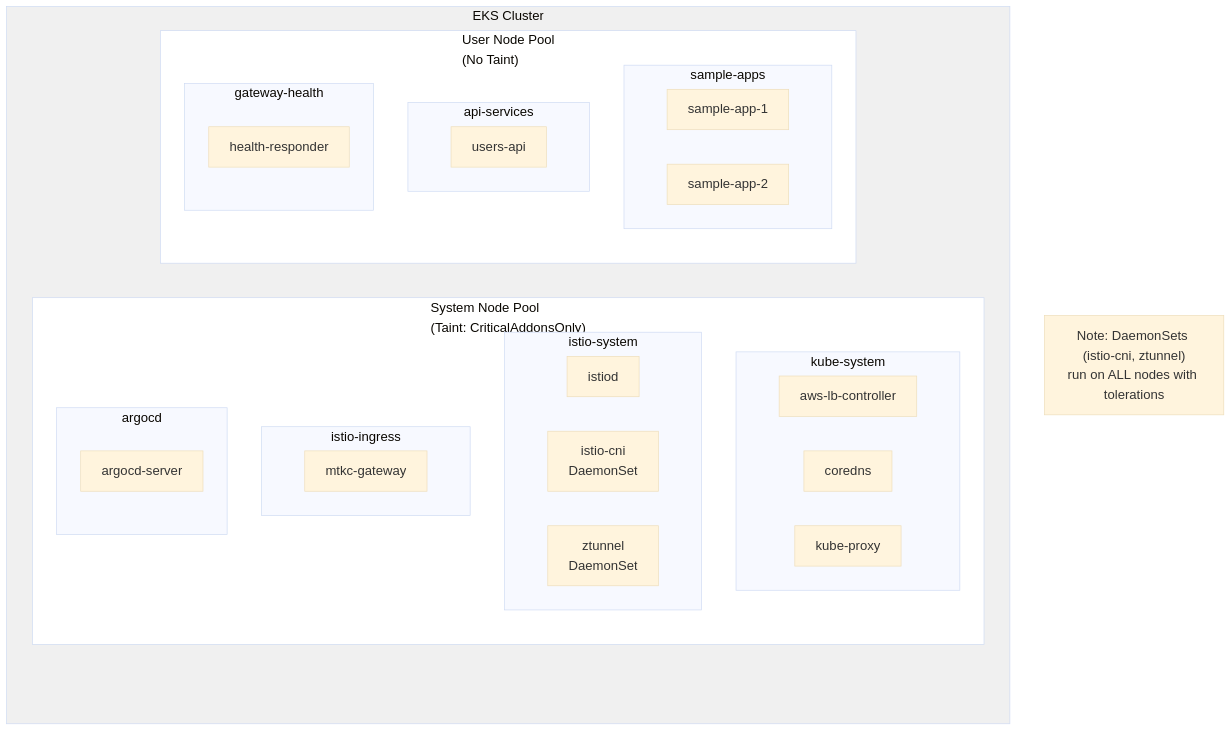
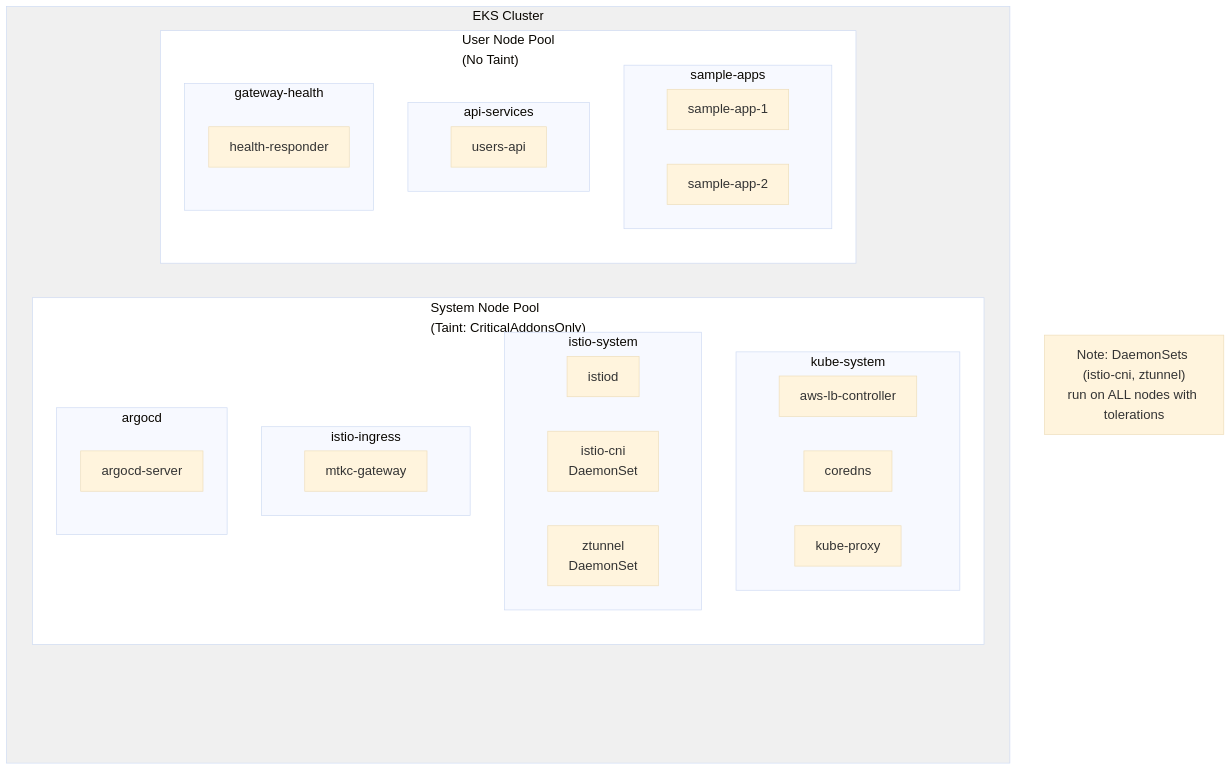
The second of 3 diagrams in README.md (shanaka-versent/EKS-Istio-GatewayAPI-Deom), drawn with Mermaid before and after one commit.

Commit message:
docs: Increase spacing in EKS Cluster Detail diagram

````diff
--- a/README.md
+++ b/README.md
@@ -105,45 +105,45 @@
 ```mermaid
 %%{init: {'theme': 'base', 'themeVariables': {'fontSize': '19px'}}}%%
 flowchart TB
     subgraph EKS["EKS Cluster"]
-        Spacer[" "]
+        Spacer["<br/><br/>"]
         subgraph SystemPool["System Node Pool<br/>(Taint: CriticalAddonsOnly)"]
             subgraph KS["kube-system"]
                 LBC2[aws-lb-controller]
                 CoreDNS[coredns]
                 KubeProxy[kube-proxy]
             end
             subgraph IS["istio-system"]
                 Istiod2[istiod]
                 CNI[istio-cni<br/>DaemonSet]
                 ZT[ztunnel<br/>DaemonSet]
             end
             subgraph II["istio-ingress"]
                 GW2[mtkc-gateway]
             end
             subgraph AC["argocd"]
                 ArgoServer[argocd-server]
             end
         end
 
         subgraph UserPool["User Node Pool<br/>(No Taint)"]
             subgraph SA["sample-apps"]
                 App1B[sample-app-1]
                 App2B[sample-app-2]
             end
             subgraph API2["api-services"]
                 UsersAPI[users-api]
             end
             subgraph GH["gateway-health"]
                 HealthResp[health-responder]
             end
         end
     end
 
     Note["Note: DaemonSets (istio-cni, ztunnel)<br/>run on ALL nodes with tolerations"]
 
     style EKS fill:#f0f0f0
     style SystemPool fill:#ffffff
     style UserPool fill:#ffffff
     style Spacer fill:none,stroke:none
 ```
````
